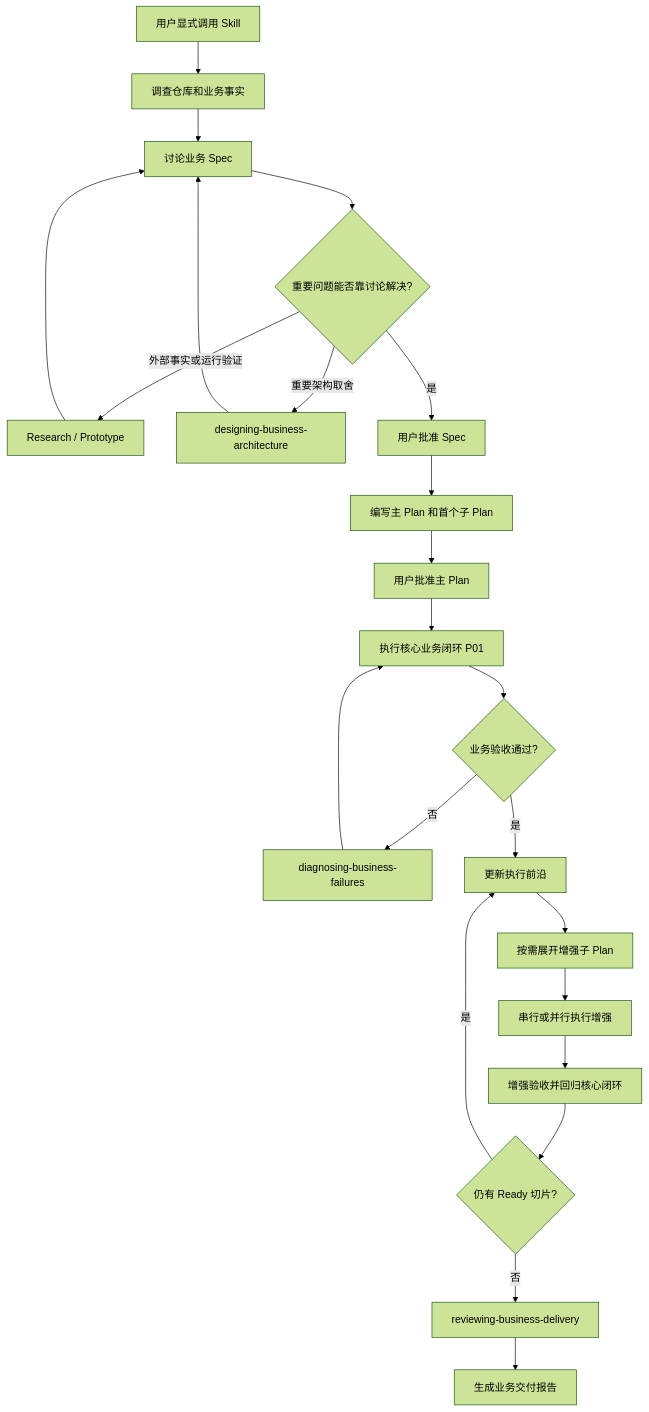
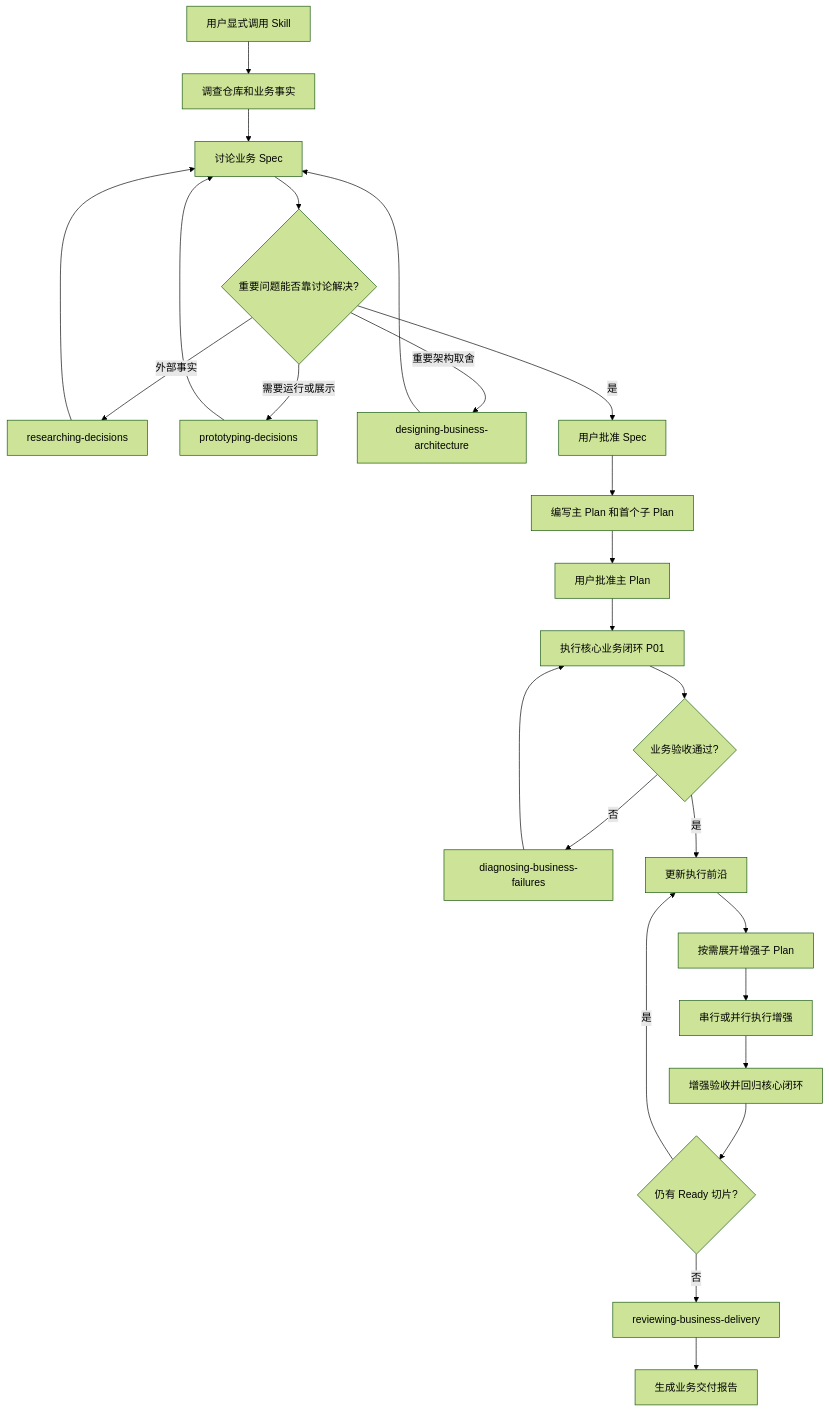
The diagram in SKILL-WORKFLOW.md (JeckChen666/Easypower), drawn with Mermaid (forest theme) before and after one commit. The commit also changed other lines of this file and 10 other files, not shown here.

````diff
--- a/SKILL-WORKFLOW.md
+++ b/SKILL-WORKFLOW.md
@@ -25,25 +25,27 @@
 ```mermaid
 flowchart TD
     A[用户显式调用 Skill] --> B[调查仓库和业务事实]
     B --> C[讨论业务 Spec]
     C --> D{重要问题能否靠讨论解决?}
-    D -- 外部事实或运行验证 --> E[Research / Prototype]
+    D -- 外部事实 --> E[researching-decisions]
+    D -- 需要运行或展示 --> E3[prototyping-decisions]
     D -- 重要架构取舍 --> E2[designing-business-architecture]
     E --> C
+    E3 --> C
     E2 --> C
     D -- 是 --> F[用户批准 Spec]
     F --> G[编写主 Plan 和首个子 Plan]
     G --> H[用户批准主 Plan]
     H --> I[执行核心业务闭环 P01]
     I --> J{业务验收通过?}
     J -- 否 --> K[diagnosing-business-failures]
     K --> I
     J -- 是 --> L[更新执行前沿]
     L --> M[按需展开增强子 Plan]
     M --> N[串行或并行执行增强]
     N --> O[增强验收并回归核心闭环]
     O --> P{仍有 Ready 切片?}
     P -- 是 --> L
     P -- 否 --> V[reviewing-business-delivery]
     V --> Q[生成业务交付报告]
 ```
````
